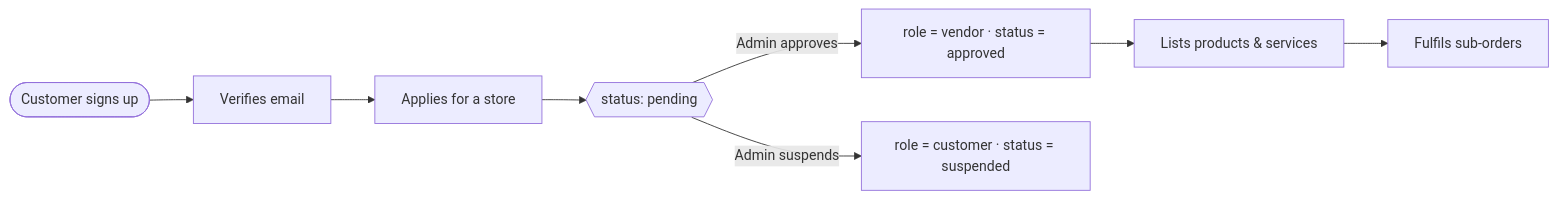
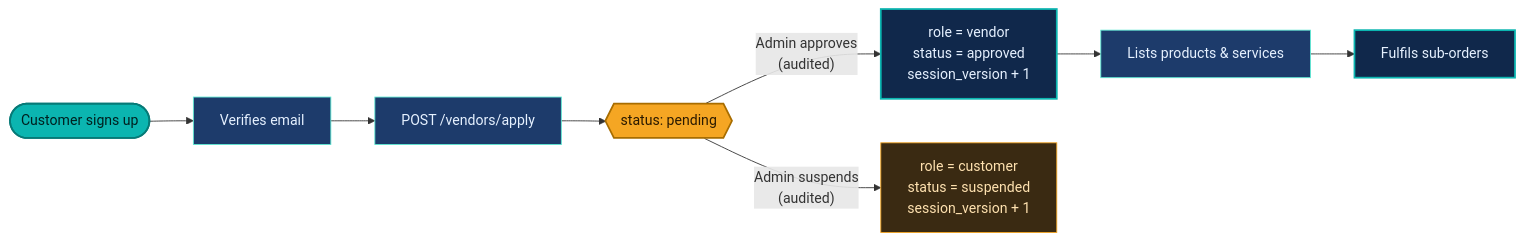
The eighth of 13 diagrams in README.md (SuprabhSharma/Tavilo-eCommerce), drawn with Mermaid before and after one commit. The commit also changed other lines of this file and 4 other files, not shown here.

````diff
--- a/README.md
+++ b/README.md
@@ -199,10 +330,15 @@
 ```mermaid
 flowchart LR
-    A([Customer signs up]) --> B[Verifies email]
-    B --> C[Applies for a store]
-    C --> D{{"status: pending"}}
-    D -->|Admin approves| E["role = vendor · status = approved"]
-    D -->|Admin suspends| F["role = customer · status = suspended"]
-    E --> G[Lists products & services]
-    G --> H[Fulfils sub-orders]
+    A(["Customer signs up"]):::c --> B["Verifies email"]:::n
+    B --> C["POST /vendors/apply"]:::n
+    C --> D{{"status: pending"}}:::g
+    D -->|"Admin approves<br/>(audited)"| E["role = vendor<br/>status = approved<br/>session_version + 1"]:::ok
+    D -->|"Admin suspends<br/>(audited)"| F["role = customer<br/>status = suspended<br/>session_version + 1"]:::warn
+    E --> G["Lists products & services"]:::n --> H["Fulfils sub-orders"]:::ok
+
+    classDef c fill:#0bb5b0,stroke:#067a77,color:#00201f,stroke-width:2px
+    classDef n fill:#1d3b6b,stroke:#5eead4,color:#e6f1ff
+    classDef g fill:#f5a623,stroke:#a86d00,color:#2b1a00,stroke-width:2px
+    classDef ok fill:#10284b,stroke:#0bb5b0,color:#e6f1ff,stroke-width:2px
+    classDef warn fill:#3a2a12,stroke:#f5a623,color:#ffe2b0
 ```
````
